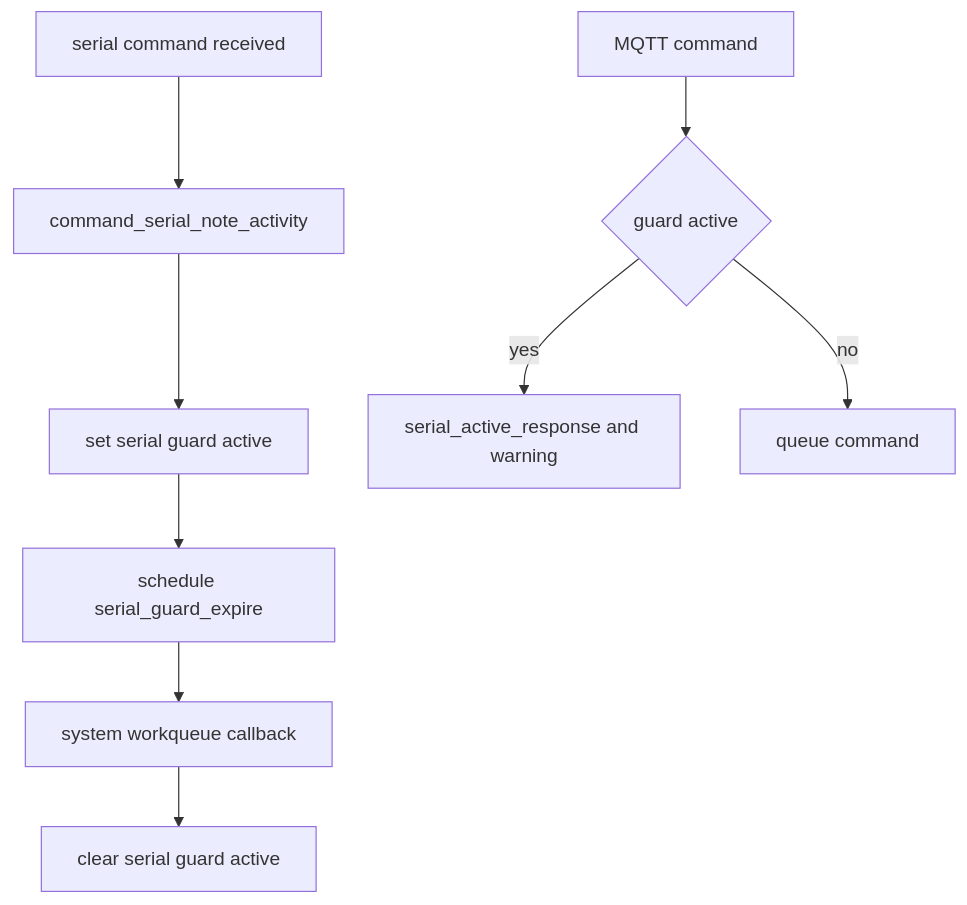
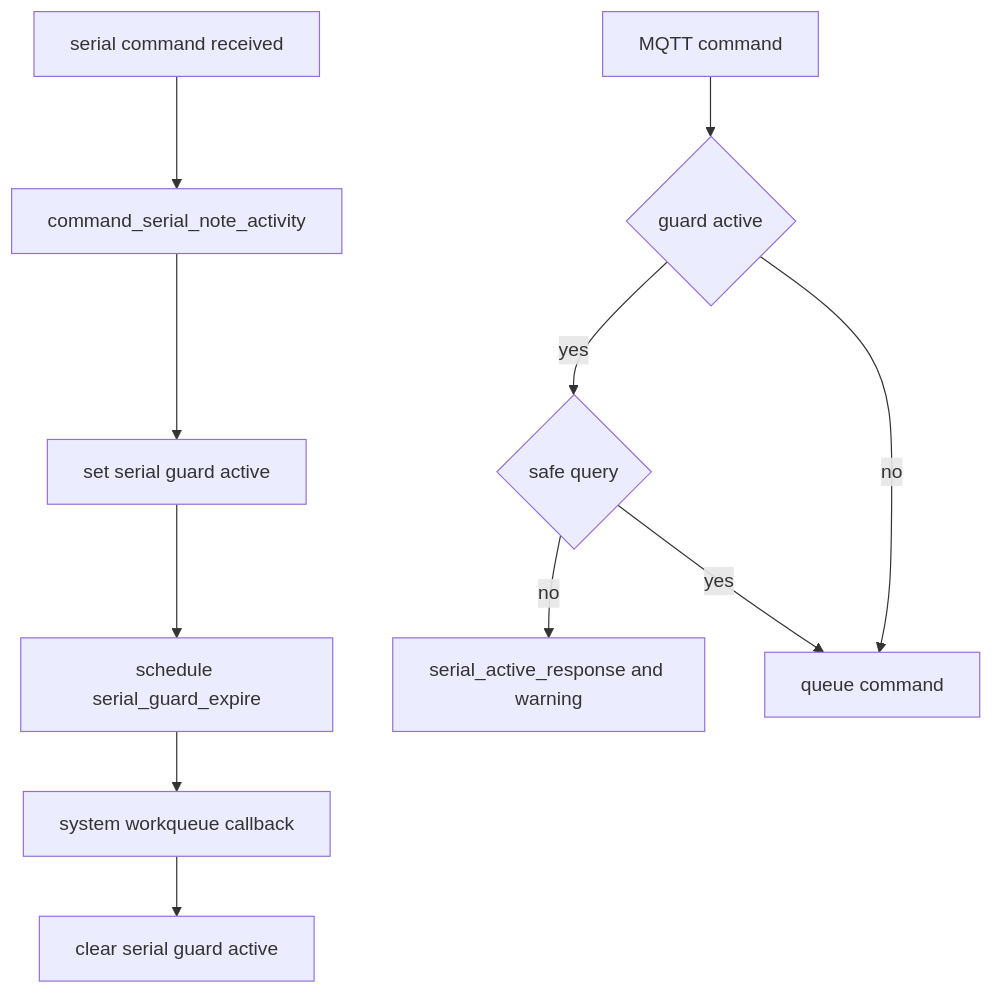
The eighth of 22 diagrams in doc/diagrams.md (COO-Utilities/hispec-tib), drawn with Mermaid before and after one commit. The commit also changed other lines of this file, not shown here.

Commit message:
Add throughput monitor flow diagrams, update related flows, and align documentation numbering.

````diff
--- a/doc/diagrams.md
+++ b/doc/diagrams.md
@@ -153,11 +159,13 @@
 ```mermaid
 flowchart TD
   SerialLine[serial command received] --> Note[command_serial_note_activity]
   Note --> Active[set serial guard active]
   Active --> Schedule[schedule serial_guard_expire]
   MQTTCommand[MQTT command] --> Check{guard active}
-  Check -- yes --> Reject[serial_active_response and warning]
-  Check -- no --> Queue[queue command]
+  Check -- yes --> Safe{safe query}
+  Safe -- no --> Reject[serial_active_response and warning]
+  Safe -- yes --> Queue[queue command]
+  Check -- no --> Queue
   Schedule --> Expire[system workqueue callback]
   Expire --> Clear[clear serial guard active]
 ```
````
